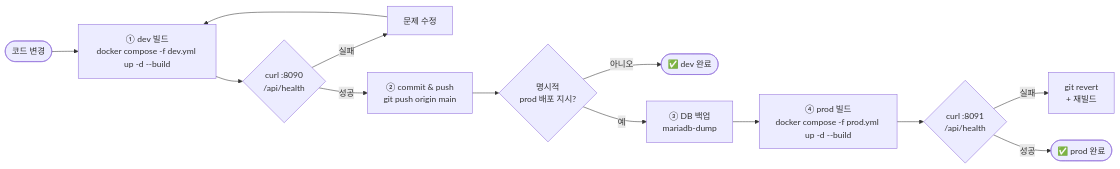
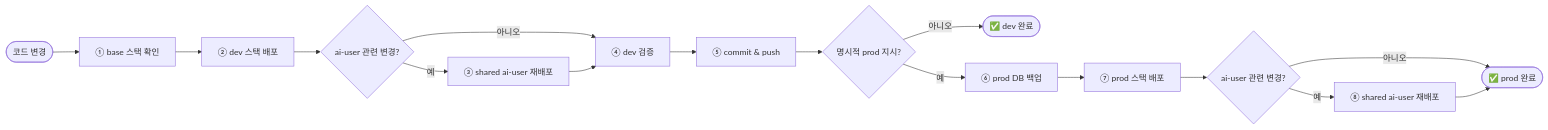
Before and after one commit to Justant-source/Again-Spring: the diagram in docs/env/deployment.md, drawn with Mermaid. The commit also changed other lines of this file and 37 other files, not shown here.

Commit message:
refactor: share ai-user stack across dev and prod

````diff
--- a/docs/env/deployment.md
+++ b/docs/env/deployment.md
@@ -7,15 +7,18 @@
 ```mermaid
 flowchart LR
-    Code([코드 변경]) --> DevBuild["① dev 빌드\ndocker compose -f dev.yml up -d --build"]
-    DevBuild --> DevHealth{curl :8090\n/api/health}
-    DevHealth -->|실패| Fix[문제 수정]
-    Fix --> DevBuild
-    DevHealth -->|성공| Commit["② commit & push\ngit push origin main"]
-    Commit --> Gate{명시적\nprod 배포 지시?}
+    Code([코드 변경]) --> Base["① base 스택 확인"]
+    Base --> Dev["② dev 스택 배포"]
+    Dev --> Shared{"ai-user 관련 변경?"}
+    Shared -->|예| Ai["③ shared ai-user 재배포"]
+    Shared -->|아니오| Verify
+    Ai --> Verify["④ dev 검증"]
+    Verify --> Commit["⑤ commit & push"]
+    Commit --> Gate{명시적 prod 지시?}
     Gate -->|아니오| DoneD([✅ dev 완료])
-    Gate -->|예| Backup["③ DB 백업\nmariadb-dump"]
-    Backup --> ProdBuild["④ prod 빌드\ndocker compose -f prod.yml up -d --build"]
-    ProdBuild --> ProdHealth{curl :8091\n/api/health}
-    ProdHealth -->|실패| Rollback["git revert\n+ 재빌드"]
-    ProdHealth -->|성공| DoneP([✅ prod 완료])
+    Gate -->|예| Backup["⑥ prod DB 백업"]
+    Backup --> Prod["⑦ prod 스택 배포"]
+    Prod --> SharedProd{"ai-user 관련 변경?"}
+    SharedProd -->|예| AiProd["⑧ shared ai-user 재배포"]
+    SharedProd -->|아니오| DoneP
+    AiProd --> DoneP([✅ prod 완료])
 ```
````
